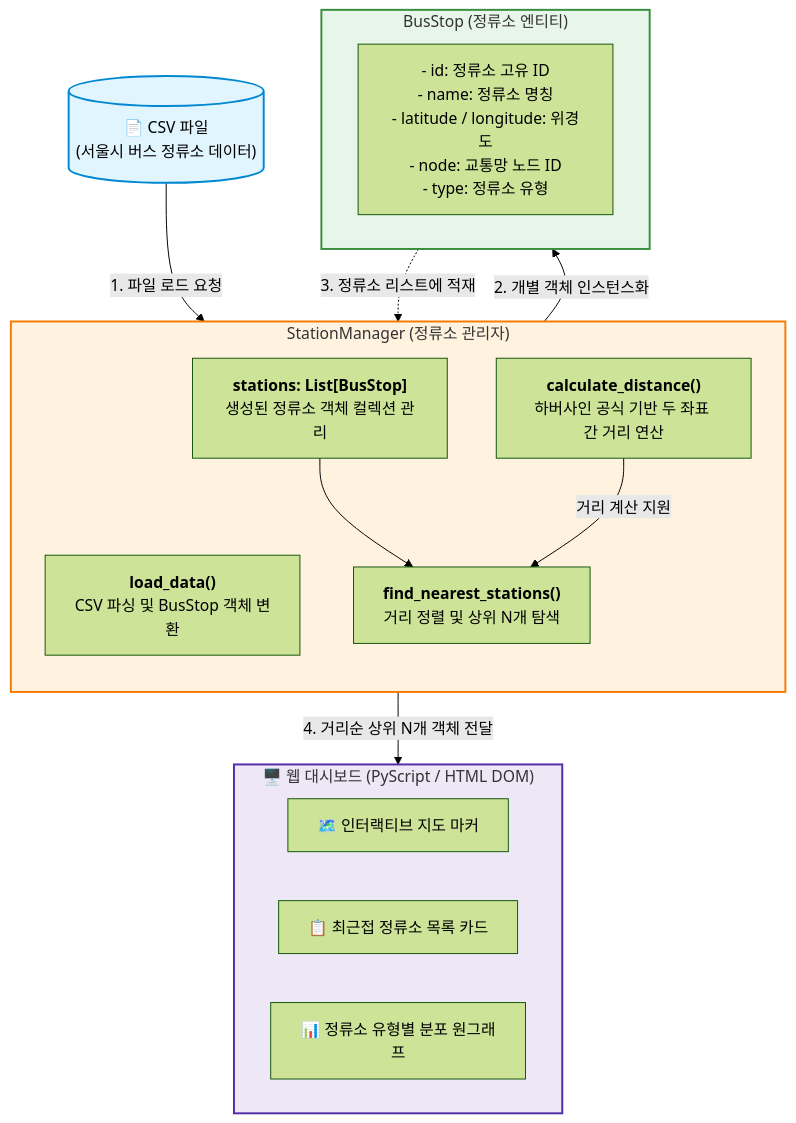
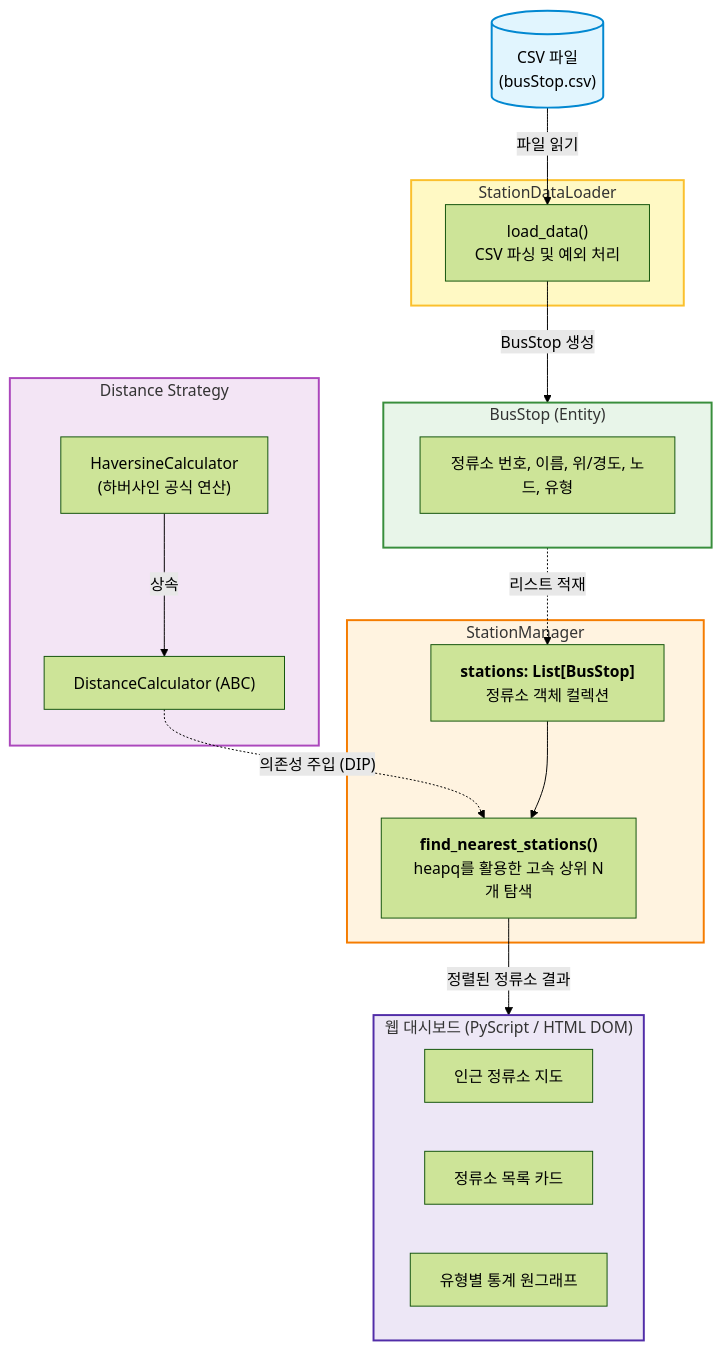
The second of 2 diagrams in README.md (taeywong0/OOP-kwangwoon), drawn with Mermaid (forest theme) before and after one commit. The commit also changed other lines of this file and 1 other file, not shown here.

````diff
--- a/README.md
+++ b/README.md
@@ -105,37 +120,43 @@
 ```mermaid
 flowchart TD
-    %% 노드 정의
-    CSV[("📄 CSV 파일<br/>(서울시 버스 정류소 데이터)")]
+    CSV[("CSV 파일<br/>(busStop.csv)")]
     
-    subgraph StationManager["StationManager (정류소 관리자)"]
-        direction TB
-        SM_M1["<b>load_data()</b><br/>CSV 파싱 및 BusStop 객체 변환"]
-        SM_Attr["<b>stations: List[BusStop]</b><br/>생성된 정류소 객체 컬렉션 관리"]
-        SM_M2["<b>calculate_distance()</b><br/>하버사인 공식 기반 두 좌표 간 거리 연산"]
-        SM_M3["<b>find_nearest_stations()</b><br/>거리 정렬 및 상위 N개 탐색"]
+    subgraph DataLoader["StationDataLoader"]
+        DL["load_data()<br/>CSV 파싱 및 예외 처리"]
     end
 
-    subgraph BusStop["BusStop (정류소 엔티티)"]
-        BS_Attr["- id: 정류소 고유 ID<br/>- name: 정류소 명칭<br/>- latitude / longitude: 위경도<br/>- node: 교통망 노드 ID<br/>- type: 정류소 유형"]
+    subgraph StationManager["StationManager"]
+        SM_Attr["<b>stations: List[BusStop]</b><br/>정류소 객체 컬렉션"]
+        SM_M3["<b>find_nearest_stations()</b><br/>heapq를 활용한 고속 상위 N개 탐색"]
     end
 
-    subgraph Dashboard["🖥️ 웹 대시보드 (PyScript / HTML DOM)"]
-        UI_Map["🗺️ 인터랙티브 지도 마커"]
-        UI_List["📋 최근접 정류소 목록 카드"]
-        UI_Chart["📊 정류소 유형별 분포 원그래프"]
+    subgraph Calc["Distance Strategy"]
+        DC["DistanceCalculator (ABC)"]
+        HC["HaversineCalculator<br/>(하버사인 공식 연산)"]
     end
 
-    %% 연결 관계
-    CSV -->|"1. 파일 로드 요청"| SM_M1
-    SM_M1 -->|"2. 개별 객체 인스턴스화"| BusStop
-    BusStop -.->|"3. 정류소 리스트에 적재"| SM_Attr
+    subgraph BusStop["BusStop (Entity)"]
+        BS_Attr["정류소 번호, 이름, 위/경도, 노드, 유형"]
+    end
+
+    subgraph Dashboard["웹 대시보드 (PyScript / HTML DOM)"]
+        UI_Map["인근 정류소 지도"]
+        UI_List["정류소 목록 카드"]
+        UI_Chart["유형별 통계 원그래프"]
+    end
+
+    CSV -->|"파일 읽기"| DL
+    DL -->|"BusStop 생성"| BusStop
+    BusStop -.->|"리스트 적재"| SM_Attr
+    HC -- "상속" --> DC
+    DC -. "의존성 주입 (DIP)" .-> SM_M3
     SM_Attr --> SM_M3
-    SM_M2 -->|"거리 계산 지원"| SM_M3
-    SM_M3 -->|"4. 거리순 상위 N개 객체 전달"| Dashboard
+    SM_M3 -->|"정렬된 정류소 결과"| Dashboard
 
-    %% 스타일링
     style CSV fill:#e1f5fe,stroke:#0288d1,stroke-width:2px
+    style DataLoader fill:#fff9c4,stroke:#fbc02d,stroke-width:2px
     style StationManager fill:#fff3e0,stroke:#f57c00,stroke-width:2px
+    style Calc fill:#f3e5f5,stroke:#ab47bc,stroke-width:2px
     style BusStop fill:#e8f5e9,stroke:#388e3c,stroke-width:2px
     style Dashboard fill:#ede7f6,stroke:#512da8,stroke-width:2px
 ```
````
